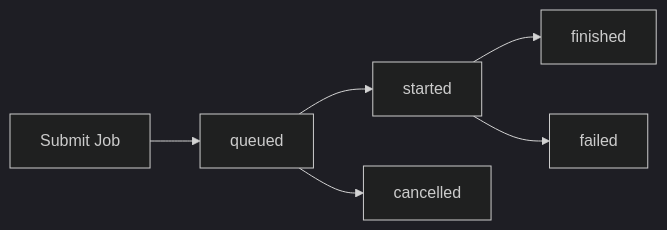
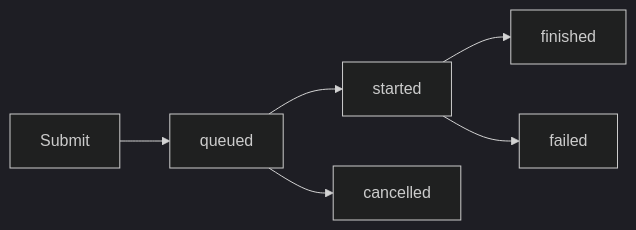
One commit to scitix/netpulse changed the diagram in docs/en/api/job-api.md. Above: the diagram before and after it, drawn with Mermaid (dark theme). The commit also changed other lines of this file and 58 other files, not shown here.

````diff
--- a/docs/en/api/job-api.md
+++ b/docs/en/api/job-api.md
@@ -233,8 +58,6 @@
 ```mermaid
 graph LR
-    A[Submit Job] --> B[queued]
-    B --> C[started]
-    C --> D[finished]
+    A[Submit] --> B[queued] --> C[started] --> D[finished]
     C --> E[failed]
     B --> F[cancelled]
 ```
````
